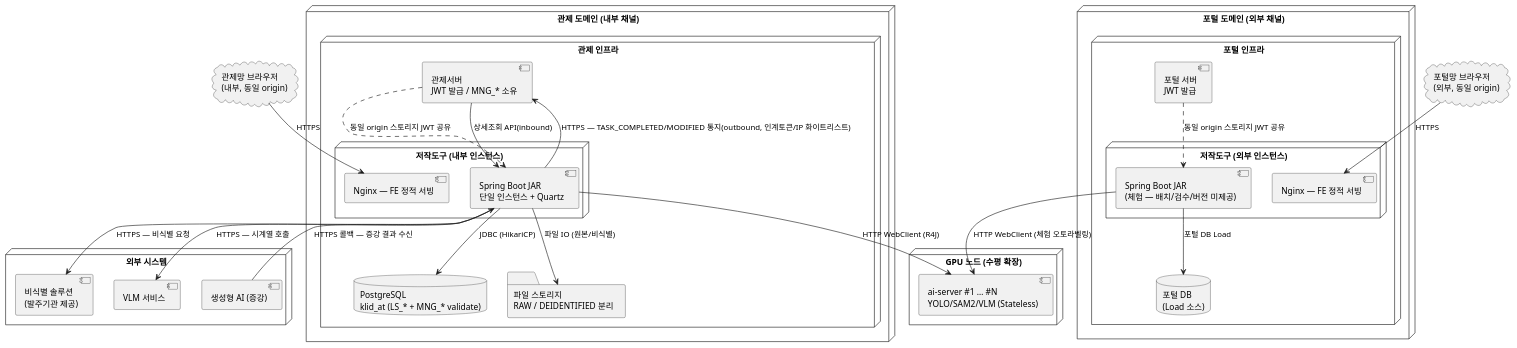
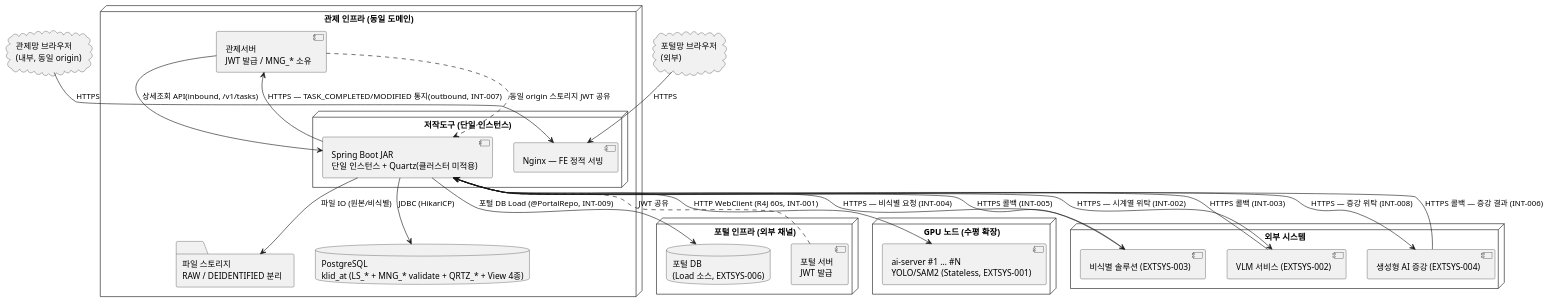
Before and after one commit to New-stella/klid-label: the second of 2 diagrams in docs/design/D5-아키텍처설계서.md, drawn with PlantUML. The commit also changed other lines of this file and 36 other files, not shown here.

````diff
--- a/docs/design/D5-아키텍처설계서.md
+++ b/docs/design/D5-아키텍처설계서.md
@@ -156,56 +172,50 @@
 ```plantuml
 @startuml
 skinparam shadowing false
 
 cloud "관제망 브라우저\n(내부, 동일 origin)" as BROWSER_C
-cloud "포털망 브라우저\n(외부, 동일 origin)" as BROWSER_P
+cloud "포털망 브라우저\n(외부)" as BROWSER_P
 
-node "관제 도메인 (내부 채널)" as CTRL_DOMAIN {
-  node "관제 인프라" {
-    [관제서버\nJWT 발급 / MNG_* 소유] as CTRL
-    node "저작도구 (내부 인스턴스)" as APPNODE_C {
-      [Nginx — FE 정적 서빙] as NGINX_C
-      [Spring Boot JAR\n단일 인스턴스 + Quartz] as BE_C
-    }
-    database "PostgreSQL\nklid_at (LS_* + MNG_* validate)" as PGDB_C
-    folder "파일 스토리지\nRAW / DEIDENTIFIED 분리" as FS_C
+node "관제 인프라 (동일 도메인)" as CTRL_INFRA {
+  [관제서버\nJWT 발급 / MNG_* 소유] as CTRL
+  node "저작도구 (단일 인스턴스)" as APPNODE {
+    [Nginx — FE 정적 서빙] as NGINX
+    [Spring Boot JAR\n단일 인스턴스 + Quartz(클러스터 미적용)] as BE
   }
+  database "PostgreSQL\nklid_at (LS_* + MNG_* validate + QRTZ_* + View 4종)" as PGDB
+  folder "파일 스토리지\nRAW / DEIDENTIFIED 분리" as FS
 }
 
-node "포털 도메인 (외부 채널)" as PORT_DOMAIN {
-  node "포털 인프라" {
-    [포털 서버\nJWT 발급] as PORTAL
-    node "저작도구 (외부 인스턴스)" as APPNODE_P {
-      [Nginx — FE 정적 서빙] as NGINX_P
-      [Spring Boot JAR\n(체험 — 배치/검수/버전 미제공)] as BE_P
-    }
-    database "포털 DB\n(Load 소스)" as PGDB_P
-  }
+node "포털 인프라 (외부 채널)" as PORT_INFRA {
+  [포털 서버\nJWT 발급] as PORTAL
+  database "포털 DB\n(Load 소스, EXTSYS-006)" as PORTDB
 }
 
 node "GPU 노드 (수평 확장)" as GPUNODE {
-  [ai-server #1 … #N\nYOLO/SAM2/VLM (Stateless)] as AI1
+  [ai-server #1 … #N\nYOLO/SAM2 (Stateless, EXTSYS-001)] as AI1
 }
 
 node "외부 시스템" {
-  [비식별 솔루션\n(발주기관 제공)] as DEID
-  [VLM 서비스] as VLM
-  [생성형 AI (증강)] as GEN
+  [비식별 솔루션 (EXTSYS-003)] as DEID
+  [VLM 서비스 (EXTSYS-002)] as VLM
+  [생성형 AI 증강 (EXTSYS-004)] as GEN
 }
 
-BROWSER_C --> NGINX_C : HTTPS
-BROWSER_P --> NGINX_P : HTTPS
-CTRL ..> BE_C : 동일 origin 스토리지 JWT 공유
-PORTAL ..> BE_P : 동일 origin 스토리지 JWT 공유
-BE_C --> PGDB_C : JDBC (HikariCP)
-BE_C --> FS_C : 파일 IO (원본/비식별)
-BE_P --> PGDB_P : 포털 DB Load
-BE_C --> AI1 : HTTP WebClient (R4J)
-BE_P --> AI1 : HTTP WebClient (체험 오토라벨링)
-BE_C --> CTRL : HTTPS — TASK_COMPLETED/MODIFIED 통지(outbound, 인계토큰/IP 화이트리스트)
-CTRL --> BE_C : 상세조회 API(inbound)
-BE_C --> DEID : HTTPS — 비식별 요청
-BE_C --> VLM : HTTPS — 시계열 호출
-GEN --> BE_C : HTTPS 콜백 — 증강 결과 수신
+BROWSER_C --> NGINX : HTTPS
+BROWSER_P --> NGINX : HTTPS
+CTRL ..> BE : 동일 origin 스토리지 JWT 공유
+PORTAL ..> BE : JWT 공유
+BE --> PGDB : JDBC (HikariCP)
+BE --> FS : 파일 IO (원본/비식별)
+BE --> PORTDB : 포털 DB Load (@PortalRepo, INT-009)
+BE --> AI1 : HTTP WebClient (R4J 60s, INT-001)
+BE --> CTRL : HTTPS — TASK_COMPLETED/MODIFIED 통지(outbound, INT-007)
+CTRL --> BE : 상세조회 API(inbound, /v1/tasks)
+BE --> DEID : HTTPS — 비식별 요청 (INT-004)
+DEID --> BE : HTTPS 콜백 (INT-005)
+BE --> VLM : HTTPS — 시계열 위탁 (INT-002)
+VLM --> BE : HTTPS 콜백 (INT-003)
+BE --> GEN : HTTPS — 증강 위탁 (INT-008)
+GEN --> BE : HTTPS 콜백 — 증강 결과 (INT-006)
 @enduml
 ```
````
